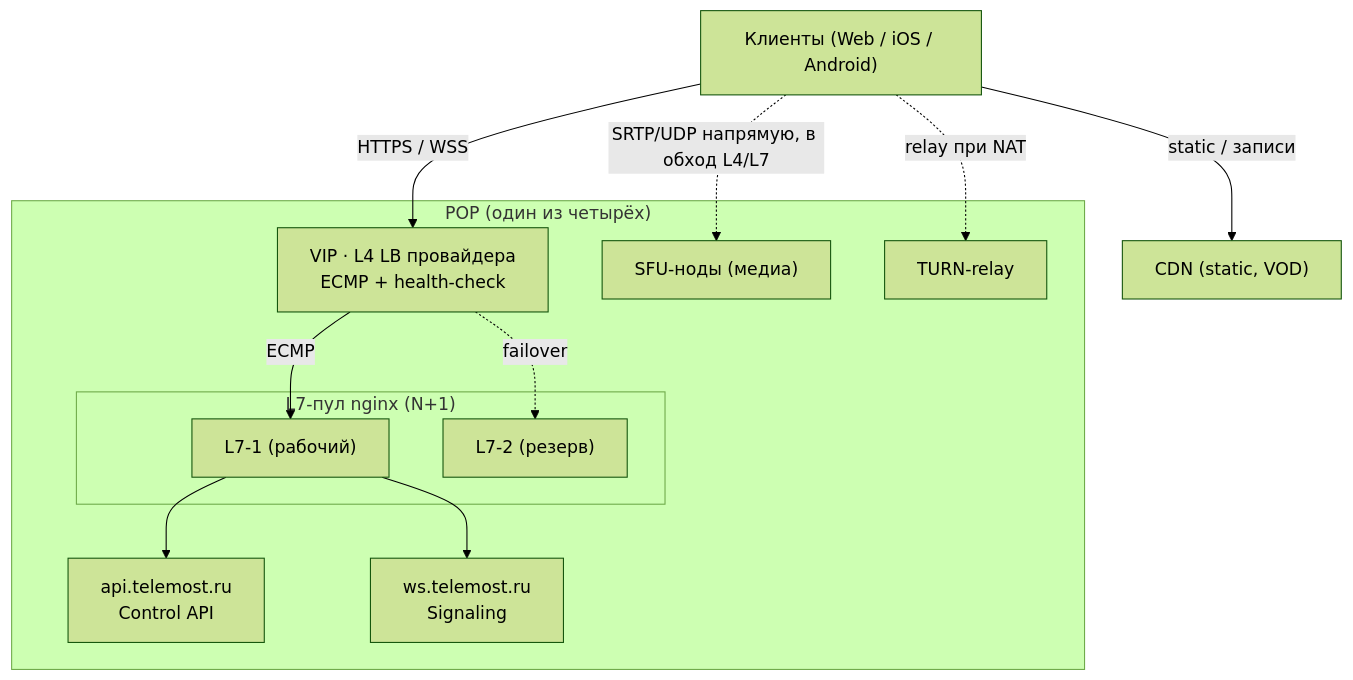
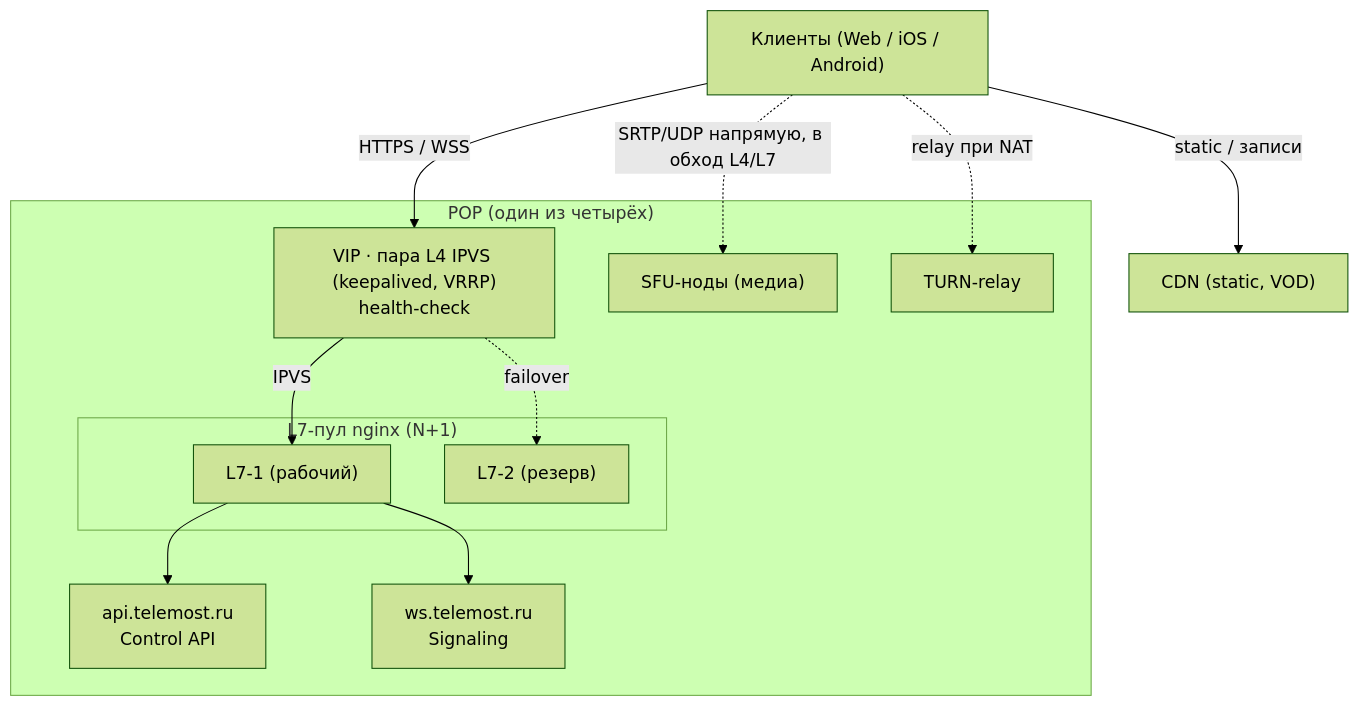
Before and after one commit to armishev/highload_course_project: the second of 5 diagrams in README.md, drawn with Mermaid (forest theme). The commit also changed other lines of this file, not shown here.

````diff
--- a/README.md
+++ b/README.md
@@ -528,26 +557,26 @@
 ```mermaid
 flowchart TD
     C["Клиенты (Web / iOS / Android)"]
 
     subgraph POP["POP (один из четырёх)"]
-        VIP["VIP · L4 LB провайдера<br/>ECMP + health-check"]
+        VIP["VIP · пара L4 IPVS (keepalived, VRRP)<br/>health-check"]
         subgraph L7P["L7-пул nginx (N+1)"]
             L7A["L7-1 (рабочий)"]
             L7R["L7-2 (резерв)"]
         end
         API["api.telemost.ru<br/>Control API"]
         WS["ws.telemost.ru<br/>Signaling"]
         SFU["SFU-ноды (медиа)"]
         TURN["TURN-relay"]
     end
     CDN["CDN (static, VOD)"]
 
     C -->|"HTTPS / WSS"| VIP
-    VIP -->|"ECMP"| L7A
+    VIP -->|"IPVS"| L7A
     VIP -. "failover" .-> L7R
     L7A --> API
     L7A --> WS
     C -. "SRTP/UDP напрямую, в обход L4/L7" .-> SFU
     C -. "relay при NAT" .-> TURN
     C -->|"static / записи"| CDN
 ```
````
